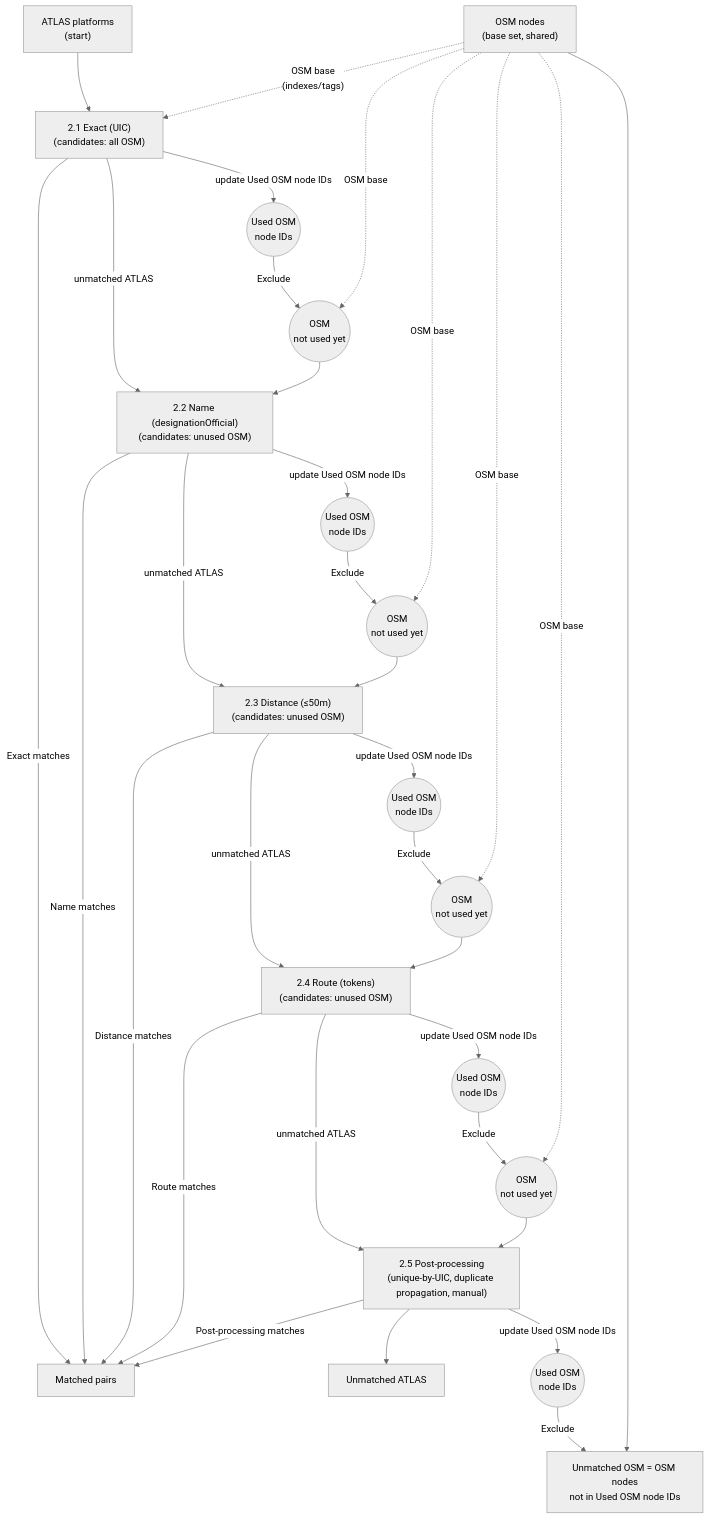
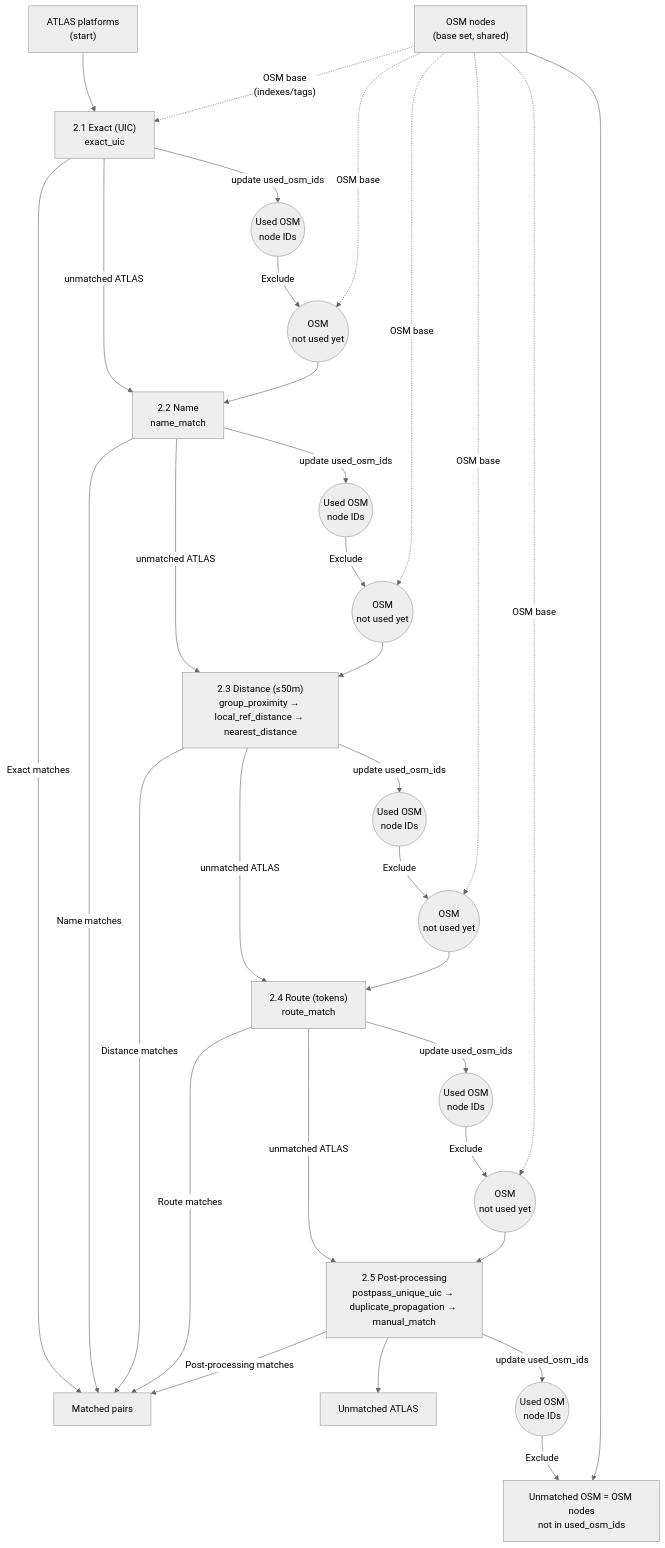
One commit to openTdataCH/stop_sync_osm_atlas changed the diagram in documentation/2. Matching process.md. Above: the diagram before and after it, drawn with Mermaid (neutral theme). The commit also changed other lines of this file and 75 other files, not shown here.

````diff
--- a/documentation/2. Matching process.md
+++ b/documentation/2. Matching process.md
@@ -33,54 +62,54 @@
 ```mermaid
 flowchart TB
     A0["ATLAS platforms<br/>(start)"]
     O0["OSM nodes<br/>(base set, shared)"]
 
     A0 --> E
     O0 -.->|"OSM base<br/>(indexes/tags)"| E
 
-    E["2.1 Exact (UIC)<br/>(candidates: all OSM)"]
+    E["2.1 Exact (UIC)<br/>exact_uic"]
     E -->|"Exact matches"| M
     E -->|"unmatched ATLAS"| NM
-    E -->|"update Used OSM node IDs"| U1(("Used OSM<br/>node IDs"))
+    E -->|"update used_osm_ids"| U1(("Used OSM<br/>node IDs"))
 
     O0 -.->|"OSM base"| F2(("OSM<br/>not used yet"))
     U1 -->|"Exclude"| F2
     F2 --> NM
 
-    NM["2.2 Name (designationOfficial)<br/>(candidates: unused OSM)"]
+    NM["2.2 Name<br/>name_match"]
     NM -->|"Name matches"| M
     NM -->|"unmatched ATLAS"| DM
-    NM -->|"update Used OSM node IDs"| U2(("Used OSM<br/>node IDs"))
+    NM -->|"update used_osm_ids"| U2(("Used OSM<br/>node IDs"))
 
     O0 -.->|"OSM base"| F3(("OSM<br/>not used yet"))
     U2 -->|"Exclude"| F3
     F3 --> DM
 
-    DM["2.3 Distance (≤50m)<br/>(candidates: unused OSM)"]
+    DM["2.3 Distance (≤50m)<br/>group_proximity → local_ref_distance → nearest_distance"]
     DM -->|"Distance matches"| M
     DM -->|"unmatched ATLAS"| RM
-    DM -->|"update Used OSM node IDs"| U3(("Used OSM<br/>node IDs"))
+    DM -->|"update used_osm_ids"| U3(("Used OSM<br/>node IDs"))
 
     O0 -.->|"OSM base"| F4(("OSM<br/>not used yet"))
     U3 -->|"Exclude"| F4
     F4 --> RM
 
-    RM["2.4 Route (tokens)<br/>(candidates: unused OSM)"]
+    RM["2.4 Route (tokens)<br/>route_match"]
     RM -->|"Route matches"| M
     RM -->|"unmatched ATLAS"| PM
-    RM -->|"update Used OSM node IDs"| U4(("Used OSM<br/>node IDs"))
+    RM -->|"update used_osm_ids"| U4(("Used OSM<br/>node IDs"))
 
     O0 -.->|"OSM base"| F5(("OSM<br/>not used yet"))
     U4 -->|"Exclude"| F5
     F5 --> PM
 
-    PM["2.5 Post-processing<br/>(unique-by-UIC, duplicate propagation, manual)"]
+    PM["2.5 Post-processing<br/>postpass_unique_uic → duplicate_propagation → manual_match"]
     PM -->|"Post-processing matches"| M["Matched pairs"]
     PM --> UA["Unmatched ATLAS"]
-    PM -->|"update Used OSM node IDs"| U5(("Used OSM<br/>node IDs"))
+    PM -->|"update used_osm_ids"| U5(("Used OSM<br/>node IDs"))
 
     O0 --> UO
     U5 -->|"Exclude"| UO
 
-    UO["Unmatched OSM = OSM nodes<br/>not in Used OSM node IDs"]
+    UO["Unmatched OSM = OSM nodes<br/>not in used_osm_ids"]
 ```
````
